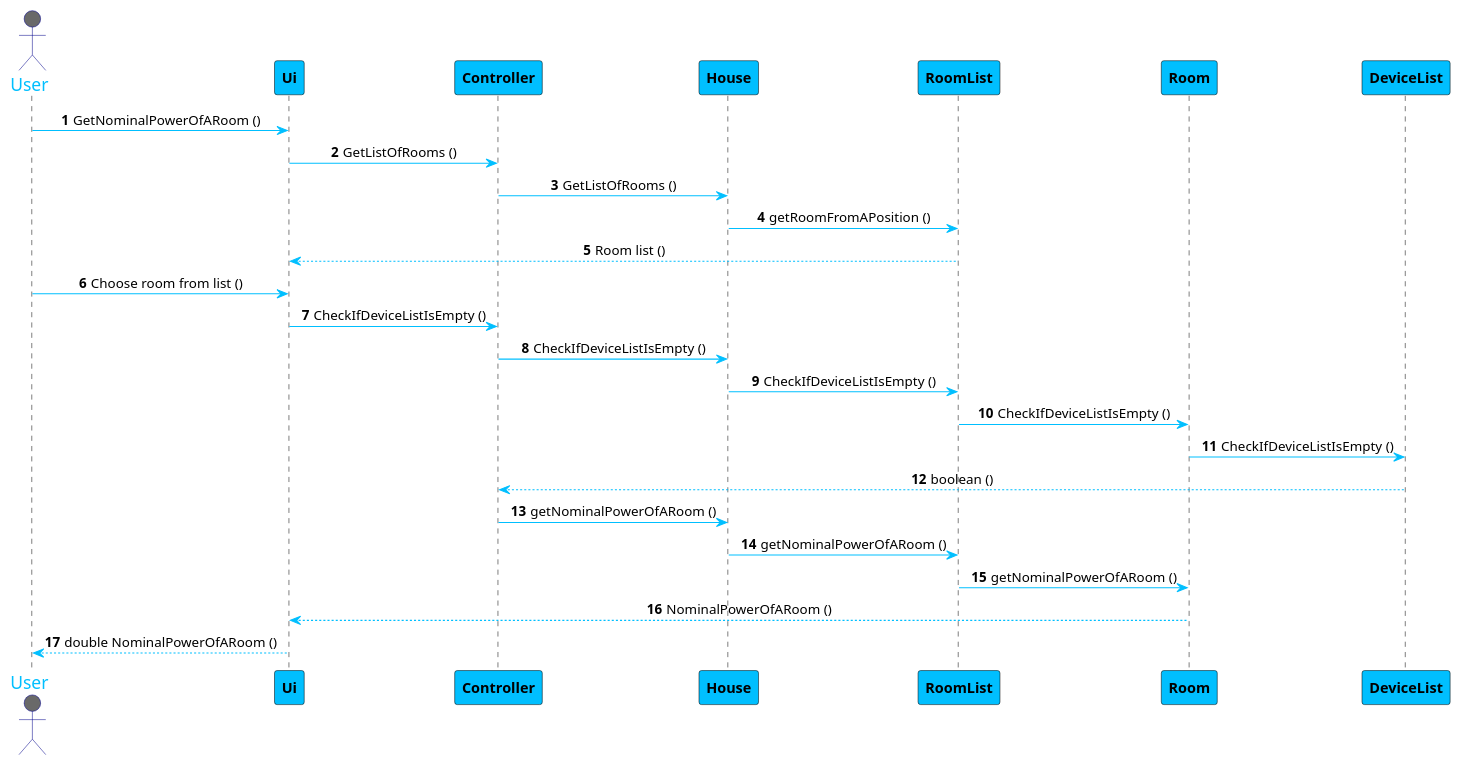
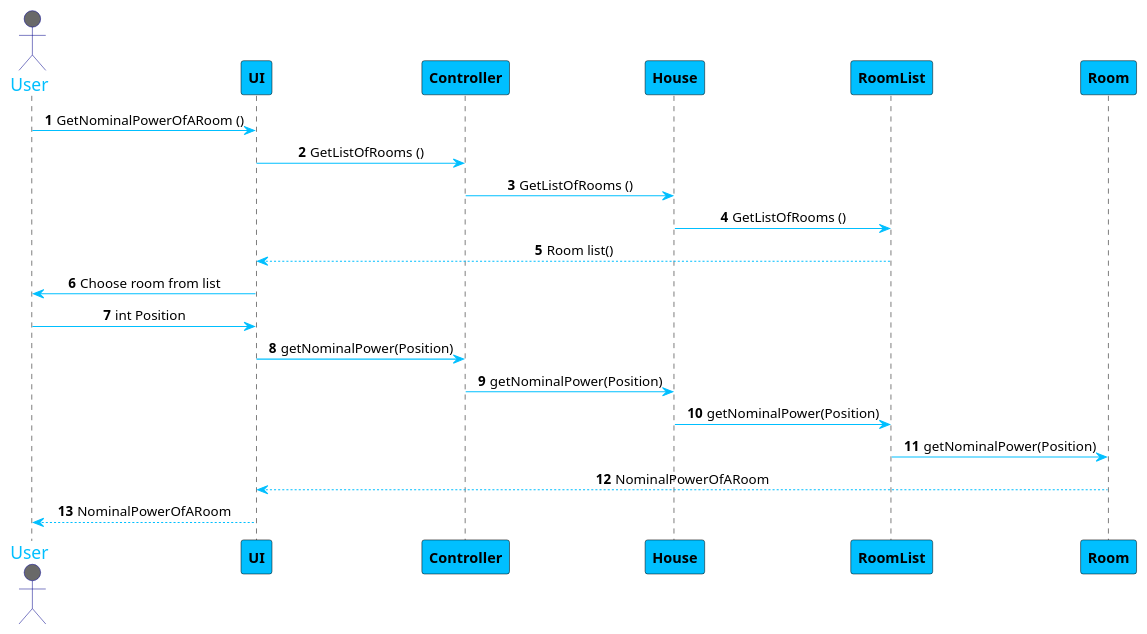
Before and after one commit to 1181687/hateoasToy: the diagram in src/Docs/GetNominalPowerOfARoom.puml, drawn with PlantUML.

Commit message:
Changes to US230 Sequence Diagram.

```diff
--- a/src/Docs/GetNominalPowerOfARoom.puml
+++ b/src/Docs/GetNominalPowerOfARoom.puml
@@ -1,42 +1,37 @@
 @startuml
 skinparam sequenceMessageAlign center
 skinparam sequence {
 	ArrowColor DeepSkyBlue
 	ActorBorderColor DarkBlue
 	LifeLineBorderColor black
 	LifeLineBackgroundColor #A9DCDF
 
 	ParticipantBorderColor Black
 	ParticipantBackgroundColor DeepSkyBlue
 	ParticipantFontStyle Bold
 
 	ActorBackgroundColor DimGrey
 	ActorFontColor DeepSkyBlue
 	ActorFontSize 17
 	ActorFontName Aapex
 }
 
 autonumber
 actor User
-User -> Ui: GetNominalPowerOfARoom ()
-Ui -> Controller: GetListOfRooms ()
+User -> UI: GetNominalPowerOfARoom ()
+UI -> Controller: GetListOfRooms ()
 Controller -> House: GetListOfRooms ()
 
-House -> RoomList: getRoomFromAPosition ()
-Ui <-- RoomList: Room list ()
+House -> RoomList: GetListOfRooms ()
+UI <-- RoomList: Room list()
 
-User -> Ui: Choose room from list ()
-Ui -> Controller: CheckIfDeviceListIsEmpty ()
-Controller -> House: CheckIfDeviceListIsEmpty ()
-House -> RoomList: CheckIfDeviceListIsEmpty ()
-RoomList -> Room: CheckIfDeviceListIsEmpty ()
-Room -> DeviceList: CheckIfDeviceListIsEmpty ()
-Controller <-- DeviceList: boolean ()
+User <- UI: Choose room from list
+User -> UI: int Position
+UI -> Controller: getNominalPower(Position)
 
-
-Controller -> House: getNominalPowerOfARoom ()
-House -> RoomList: getNominalPowerOfARoom ()
-RoomList -> Room: getNominalPowerOfARoom ()
-Ui <-- Room: NominalPowerOfARoom ()
-User <-- Ui: double NominalPowerOfARoom ()
+Controller -> House: getNominalPower(Position)
+House -> RoomList: getNominalPower(Position)
+RoomList -> Room: getNominalPower(Position)
+UI <-- Room: NominalPowerOfARoom
+User <-- UI: NominalPowerOfARoom
 @enduml
```
